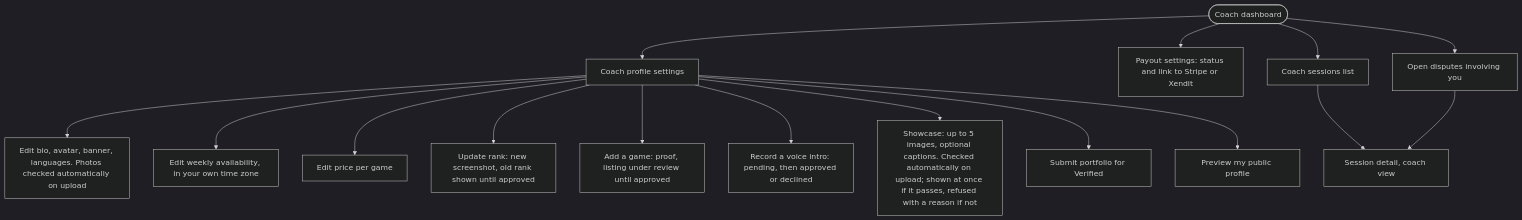
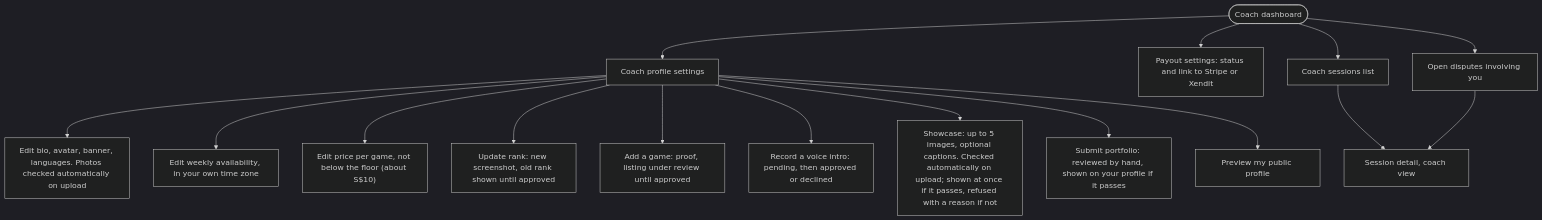
One commit to ILoveWaterSm/Harbourly-Waitlist-2.0 changed the ninth of 13 diagrams in design/USER-FLOW.md. Above: the diagram before and after it, drawn with Mermaid (dark theme). The commit also changed other lines of this file and 3 other files, not shown here.

First line of the commit message:
Record the 23 Oct policy update: New Coach without a Verified badge, 6% fee and 12% commission, 1-hour cancellation with 50/50 split, no-show reports, price floor

````diff
--- a/design/USER-FLOW.md
+++ b/design/USER-FLOW.md
@@ -273,18 +281,18 @@
 ```mermaid
 flowchart TD
   CDash(["Coach dashboard"]) --> Settings["Coach profile settings"]
   Settings --> Bio["Edit bio, avatar, banner, languages. Photos checked automatically on upload"]
   Settings --> Avail["Edit weekly availability, in your own time zone"]
-  Settings --> Rates["Edit price per game"]
+  Settings --> Rates["Edit price per game, not below the floor (about S$10)"]
   Settings --> Rank["Update rank: new screenshot, old rank shown until approved"]
   Settings --> AddGame["Add a game: proof, listing under review until approved"]
   Settings --> Voice["Record a voice intro: pending, then approved or declined"]
   Settings --> Showcase["Showcase: up to 5 images, optional captions. Checked automatically on upload; shown at once if it passes, refused with a reason if not"]
-  Settings --> Portfolio["Submit portfolio for Verified"]
+  Settings --> Portfolio["Submit portfolio: reviewed by hand, shown on your profile if it passes"]
   Settings --> Preview["Preview my public profile"]
   CDash --> PayoutSet["Payout settings: status and link to Stripe or Xendit"]
   CDash --> CSessions["Coach sessions list"]
   CSessions --> Detail["Session detail, coach view"]
   CDash --> Disputes["Open disputes involving you"]
   Disputes --> Detail
 ```
````
